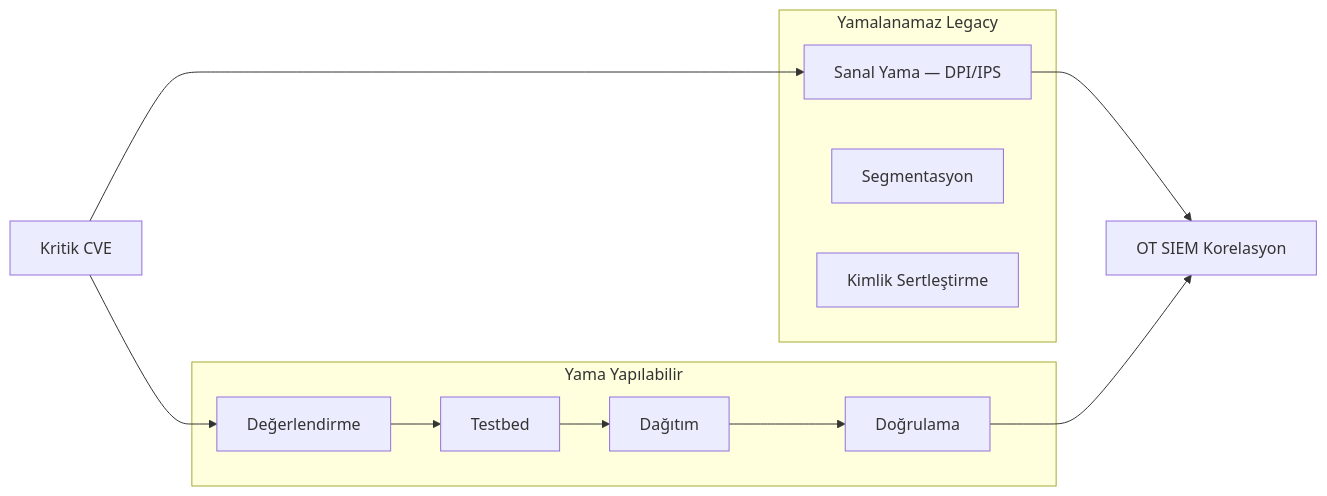
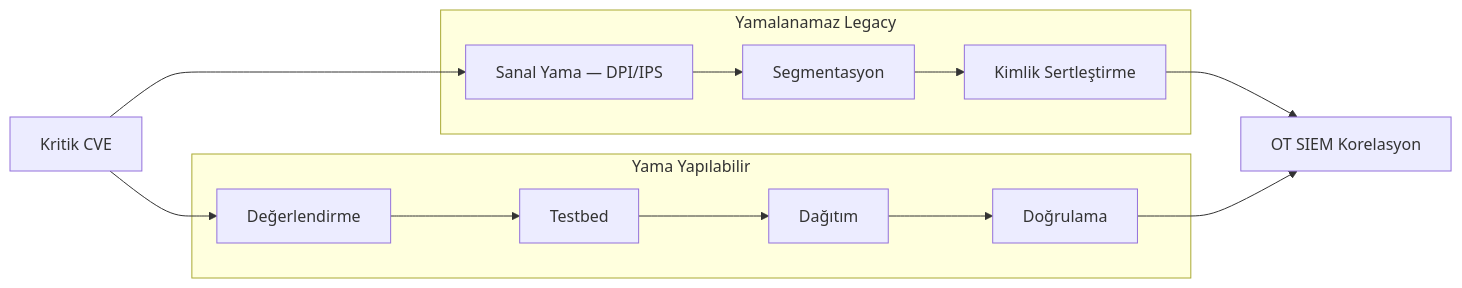
Before and after one commit to yusufarbc/Siber-Guvenlik-Rehberi: the diagram in src/content/docs/12-endustriyel-sistem-guvenligi/02-ot-sertlestirme.md, drawn with Mermaid. The commit also changed 13 other files, not shown here.

First line of the commit message:
Mermaid diyagramlarındaki yapısal sorunları düzelt, kalabalık olanları sadeleştir

````diff
--- a/src/content/docs/12-endustriyel-sistem-guvenligi/02-ot-sertlestirme.md
+++ b/src/content/docs/12-endustriyel-sistem-guvenligi/02-ot-sertlestirme.md
@@ -18,17 +18,17 @@
 ```mermaid
 flowchart LR
     subgraph Patch["Yama Yapılabilir"]
         E[Değerlendirme] --> T[Testbed]
         T --> D[Dağıtım]
         D --> V[Doğrulama]
     end
     subgraph Legacy["Yamalanamaz Legacy"]
         VP[Sanal Yama — DPI/IPS]
         SEG[Segmentasyon]
         RBAC[Kimlik Sertleştirme]
     end
     CVE[Kritik CVE] --> E
     CVE --> VP
-    VP --> SIEM[OT SIEM Korelasyon]
+    VP --> SEG --> RBAC --> SIEM[OT SIEM Korelasyon]
     V --> SIEM
 ```
````
